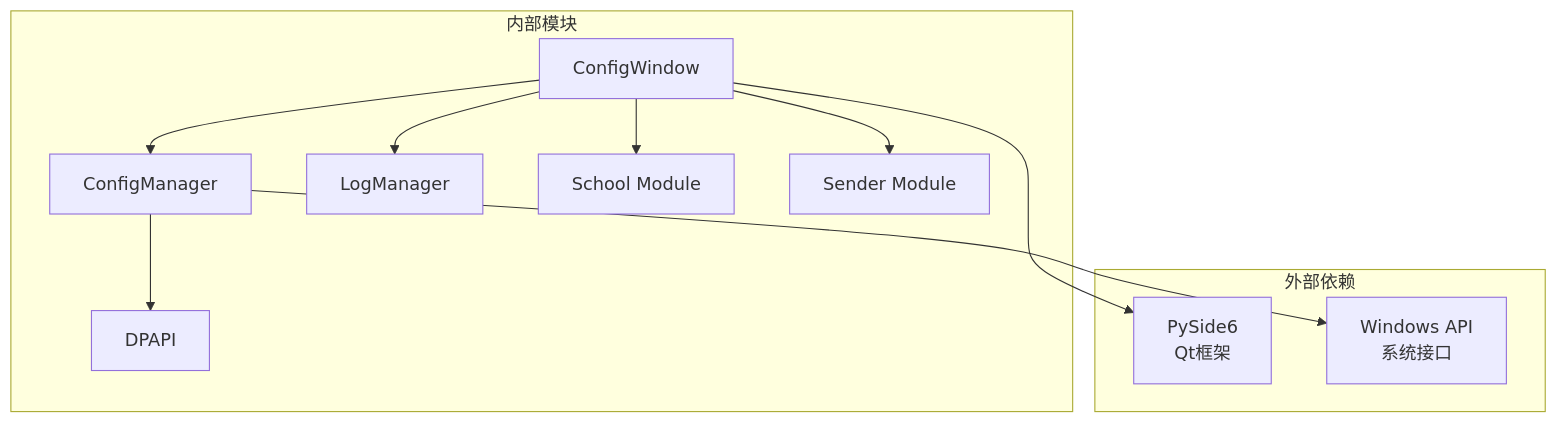
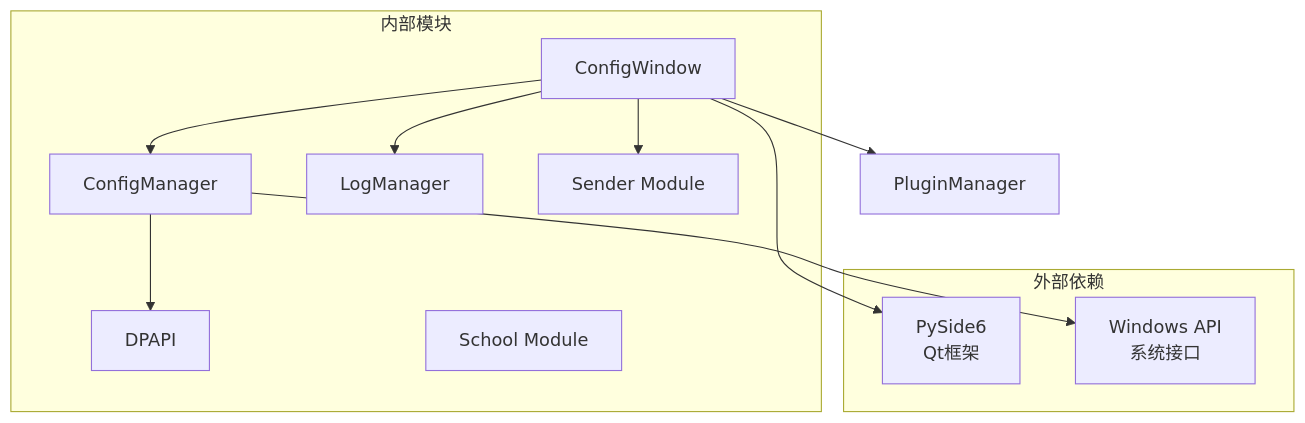
One commit to pjnt9372/Capture_Push changed the fifth of 5 diagrams in .wiki/zh/content/图形用户界面/配置窗口/软件设置标签页.md. Above: the diagram before and after it, drawn with Mermaid. The commit also changed other lines of this file and 37 other files, not shown here.

````diff
--- a/.wiki/zh/content/图形用户界面/配置窗口/软件设置标签页.md
+++ b/.wiki/zh/content/图形用户界面/配置窗口/软件设置标签页.md
@@ -217,22 +217,22 @@
 ```mermaid
 graph TB
 subgraph "外部依赖"
 PySide6[PySide6<br/>Qt框架]
 WindowsAPI[Windows API<br/>系统接口]
 end
 subgraph "内部模块"
 ConfigWindow[ConfigWindow]
 ConfigManager[ConfigManager]
 DPAPI[DPAPI]
 LogManager[LogManager]
 SchoolModule[School Module]
 SenderModule[Sender Module]
 end
 ConfigWindow --> PySide6
 ConfigWindow --> ConfigManager
 ConfigManager --> DPAPI
 ConfigManager --> WindowsAPI
-ConfigWindow --> SchoolModule
+ConfigWindow --> PluginManager
 ConfigWindow --> SenderModule
 ConfigWindow --> LogManager
 ```
````
